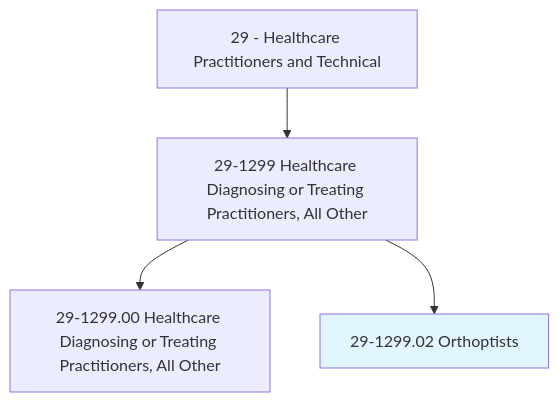
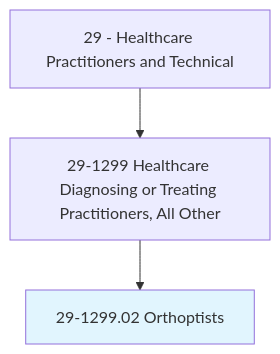
The first of 4 diagrams in occupations/HealthcarePractitioners/Orthoptists.mdx (kziemski/business.org.ai), drawn with Mermaid before and after one commit. The commit also changed other lines of this file and 938 other files, not shown here.

````diff
--- a/occupations/HealthcarePractitioners/Orthoptists.mdx
+++ b/occupations/HealthcarePractitioners/Orthoptists.mdx
@@ -19,7 +23,6 @@
 ```mermaid
 graph TD
     Cat29["29 - Healthcare Practitioners and Technical"] --> Group291299["29-1299 Healthcare Diagnosing or Treating Practitioners, All Other"]
-    Group291299 --> Base["29-1299.00 Healthcare Diagnosing or Treating Practitioners, All Other"]
     Group291299 --> Current["29-1299.02 Orthoptists"]
     style Current fill:#e1f5fe
 ```
````
